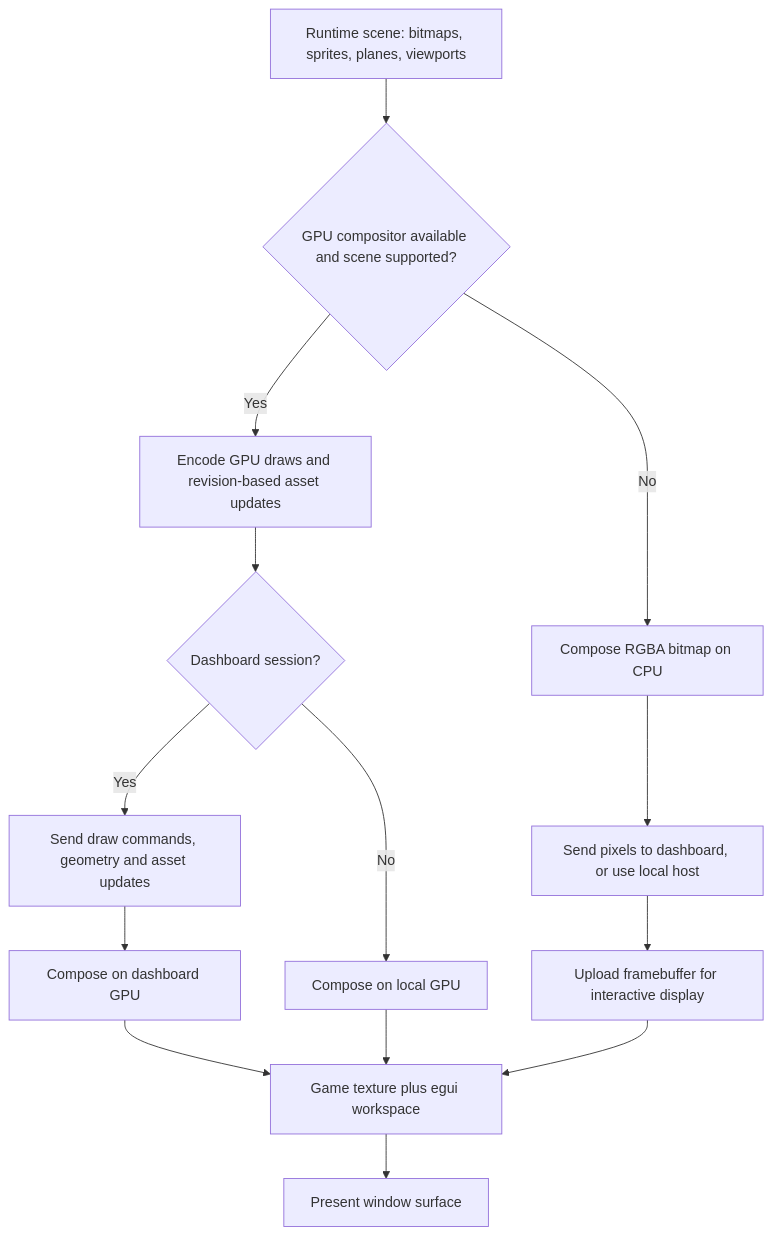
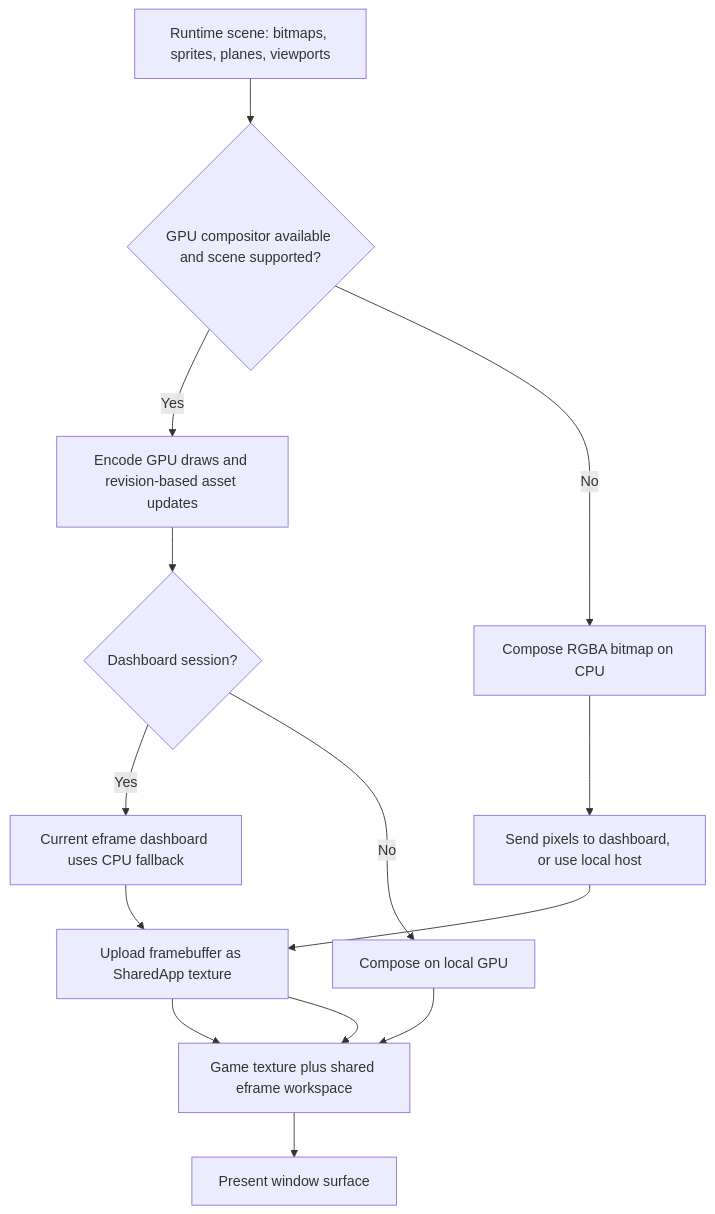
Before and after one commit to Rucadi/rsxp: the fourth of 5 diagrams in docs/architecture.md, drawn with Mermaid. The commit also changed other lines of this file and 121 other files, not shown here.

````diff
--- a/docs/architecture.md
+++ b/docs/architecture.md
@@ -242,16 +241,16 @@
 ```mermaid
 flowchart TD
     Scene["Runtime scene: bitmaps, sprites, planes, viewports"] --> Eligible{"GPU compositor available and scene supported?"}
     Eligible -->|"Yes"| Draws["Encode GPU draws and revision-based asset updates"]
     Eligible -->|"No"| CPU["Compose RGBA bitmap on CPU"]
     Draws --> Remote{"Dashboard session?"}
-    Remote -->|"Yes"| Packet["Send draw commands, geometry and asset updates"]
-    Packet --> Replay["Compose on dashboard GPU"]
+    Remote -->|"Yes"| Packet["Current eframe dashboard uses CPU fallback"]
+    Packet --> Upload["Upload framebuffer as SharedApp texture"]
     Remote -->|"No"| Local["Compose on local GPU"]
     CPU --> Pixels["Send pixels to dashboard, or use local host"]
-    Pixels --> Upload["Upload framebuffer for interactive display"]
-    Replay --> Display["Game texture plus egui workspace"]
+    Pixels --> Upload
+    Upload --> Display["Game texture plus shared eframe workspace"]
     Local --> Display
     Upload --> Display
     Display --> Window["Present window surface"]
 ```
````
